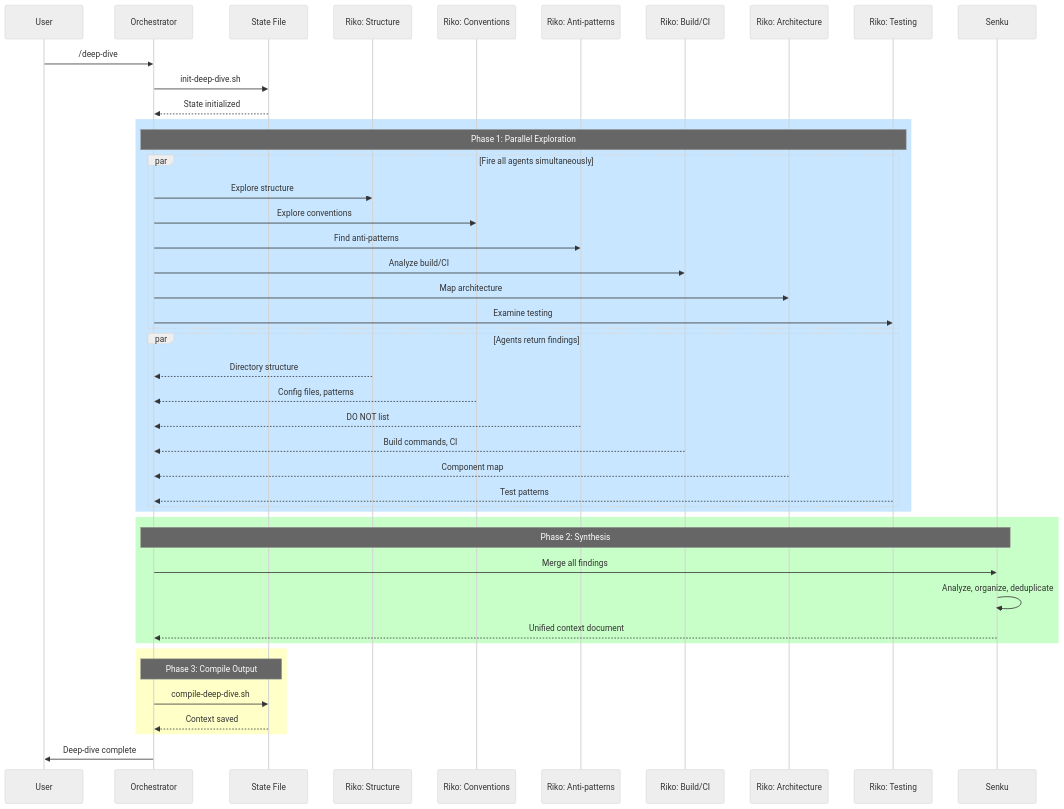
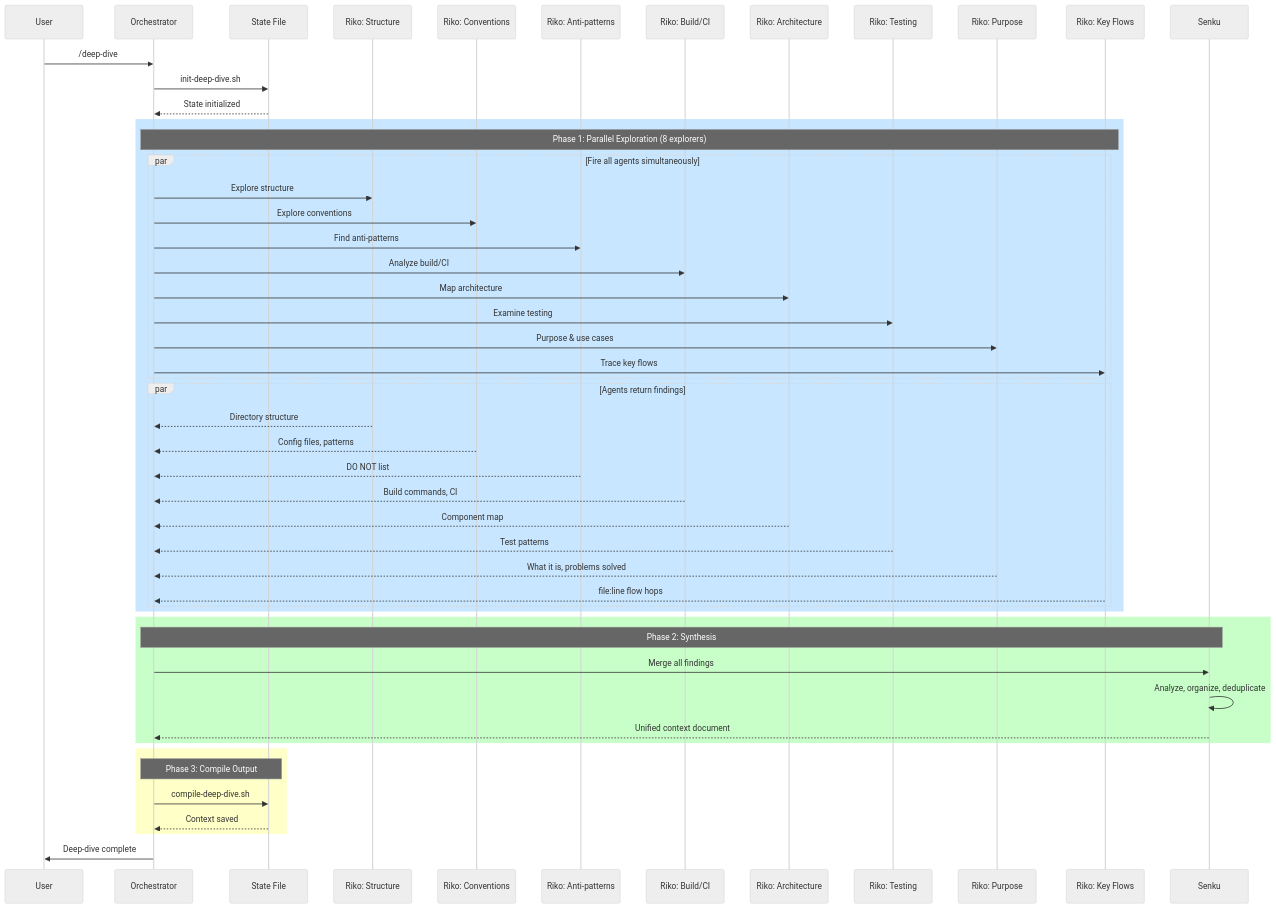
Before and after one commit to josix/agent-flow: the second of 9 diagrams in docs/architecture/data-flows.md, drawn with Mermaid (neutral theme). The commit also changed other lines of this file and 29 other files, not shown here.

````diff
--- a/docs/architecture/data-flows.md
+++ b/docs/architecture/data-flows.md
@@ -124,56 +117,62 @@
 ```mermaid
 sequenceDiagram
     participant U as User
     participant O as Orchestrator
     participant ST as State File
     participant R1 as Riko: Structure
     participant R2 as Riko: Conventions
     participant R3 as Riko: Anti-patterns
     participant R4 as Riko: Build/CI
     participant R5 as Riko: Architecture
     participant R6 as Riko: Testing
+    participant R7 as Riko: Purpose
+    participant R8 as Riko: Key Flows
     participant S as Senku
 
     %% Initialization
     U->>O: /deep-dive
     O->>ST: init-deep-dive.sh
     ST-->>O: State initialized
 
     %% Phase 1: Parallel Exploration
     rect rgb(200, 230, 255)
-        Note over O,R6: Phase 1: Parallel Exploration
+        Note over O,R8: Phase 1: Parallel Exploration (8 explorers)
         par Fire all agents simultaneously
             O->>R1: Explore structure
             O->>R2: Explore conventions
             O->>R3: Find anti-patterns
             O->>R4: Analyze build/CI
             O->>R5: Map architecture
             O->>R6: Examine testing
+            O->>R7: Purpose & use cases
+            O->>R8: Trace key flows
         end
         par Agents return findings
             R1-->>O: Directory structure
             R2-->>O: Config files, patterns
             R3-->>O: DO NOT list
             R4-->>O: Build commands, CI
             R5-->>O: Component map
             R6-->>O: Test patterns
+            R7-->>O: What it is, problems solved
+            R8-->>O: file:line flow hops
         end
     end
 
     %% Phase 2: Synthesis
     rect rgb(200, 255, 200)
         Note over O,S: Phase 2: Synthesis
         O->>S: Merge all findings
         S->>S: Analyze, organize, deduplicate
         S-->>O: Unified context document
     end
 
     %% Phase 3: Compile
     rect rgb(255, 255, 200)
         Note over O,ST: Phase 3: Compile Output
         O->>ST: compile-deep-dive.sh
         ST-->>O: Context saved
     end
 
     O->>U: Deep-dive complete
 ```
````
